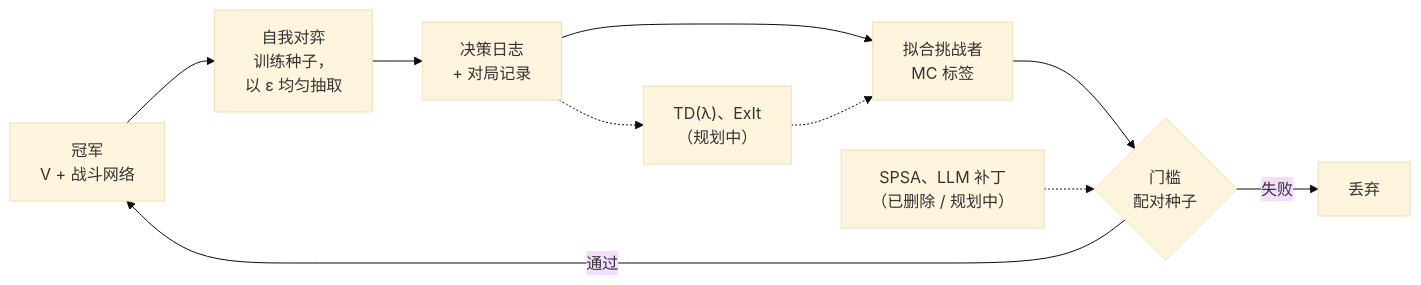
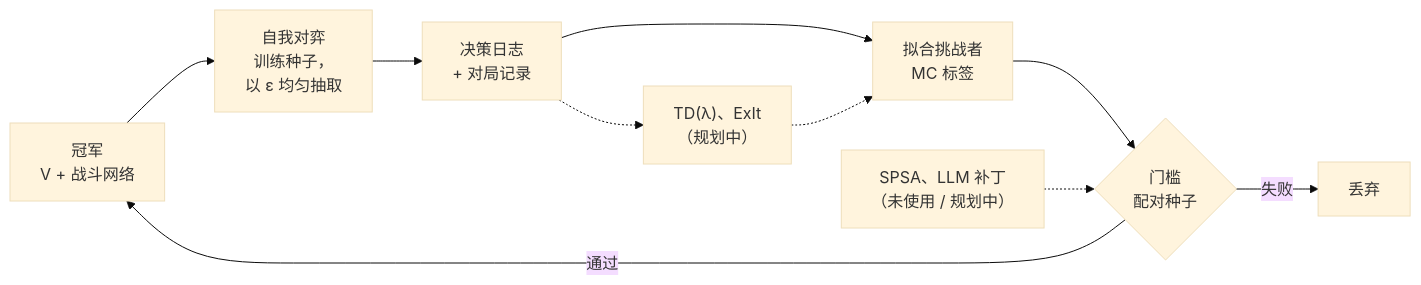
One commit to shinnku-nikaidou/spire-zero changed the diagram in docs/src/content/docs/arch/learning/index.mdx. Above: the diagram before and after it, drawn with Mermaid (base theme). The commit also changed other lines of this file and 119 other files, not shown here.

````diff
--- a/docs/src/content/docs/arch/learning/index.mdx
+++ b/docs/src/content/docs/arch/learning/index.mdx
@@ -38,12 +38,12 @@
 ```mermaid
 flowchart LR
   C["冠军<br/>V + 战斗网络"] --> SP["自我对弈<br/>训练种子，<br/>以 ε 均匀抽取"]
   SP --> D["决策日志<br/>+ 对局记录"]
   D --> F["拟合挑战者<br/>MC 标签"]
   F --> G{"门槛<br/>配对种子"}
   G -->|"通过"| C
   G -->|"失败"| X["丢弃"]
   D -.-> TD["TD(λ)、ExIt<br/>（规划中）"]
   TD -.-> F
-  P["SPSA、LLM 补丁<br/>（已删除 / 规划中）"] -.-> G
+  P["SPSA、LLM 补丁<br/>（未使用 / 规划中）"] -.-> G
 ```
````
